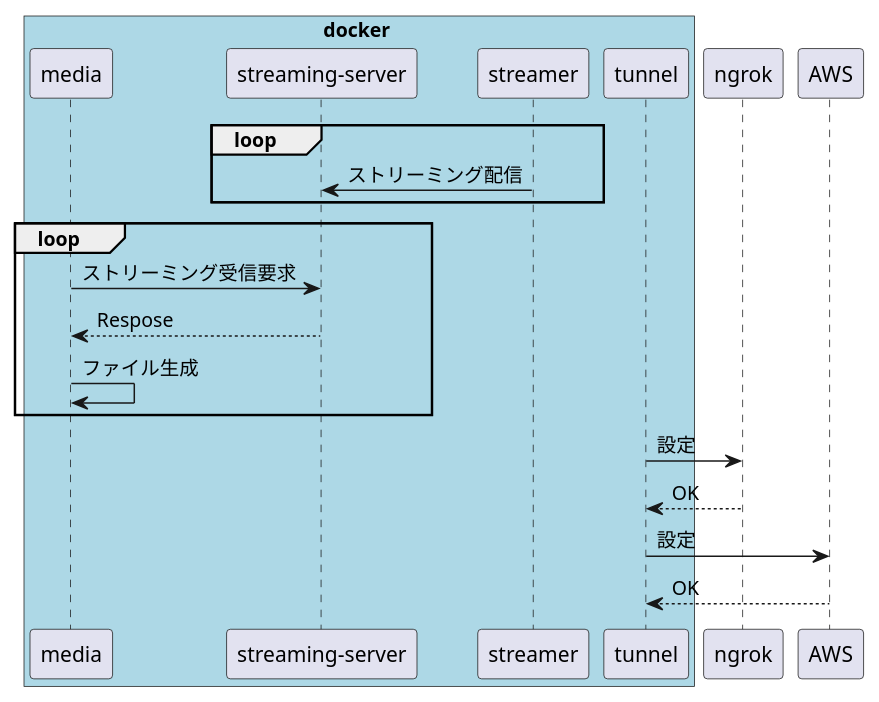
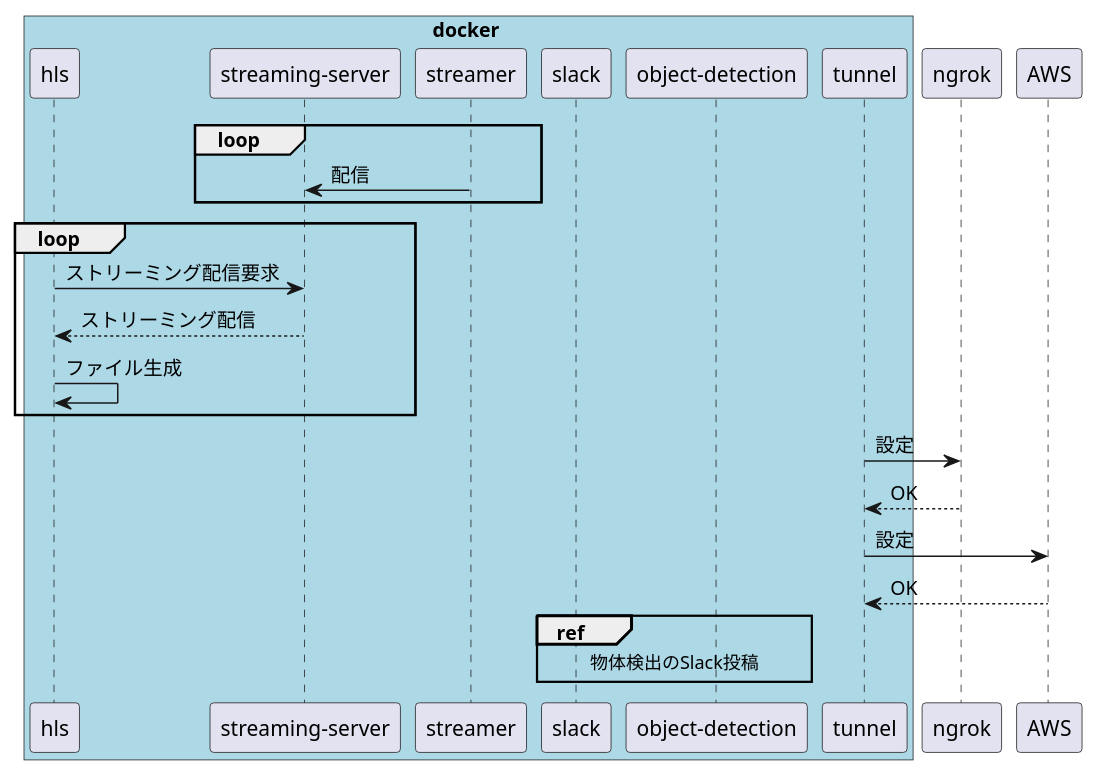
One commit to ilim0t/bushitsuchan-PC changed the diagram in docs/sequence/startup.pu. Above: the diagram before and after it, drawn with PlantUML. The commit also changed 5 other files, not shown here.

Commit message:
Update Sequence diagram

```diff
--- a/docs/sequence/startup.pu
+++ b/docs/sequence/startup.pu
@@ -1,24 +1,30 @@
 @startuml Startup
 box docker #LightBlue
-participant media
+participant hls
 participant "streaming-server"
 participant streamer
+participant slack
+participant "object-detection"
 participant tunnel
 end box
 
 loop
-	streamer -> "streaming-server": ストリーミング配信
+	streamer -> "streaming-server": 配信
 end
 
 loop
-	media -> "streaming-server" : ストリーミング受信要求
-	"streaming-server" --> media : Respose
-	media -> media : ファイル生成
+	hls -> "streaming-server" : ストリーミング配信要求
+	"streaming-server" --> hls : ストリーミング配信
+	hls -> hls : ファイル生成
 end
 
 tunnel -> ngrok : 設定
 ngrok --> tunnel : OK
 
 tunnel -> AWS : 設定
 AWS --> tunnel : OK
+
+
+ref over "object-detection", slack: 物体検出のSlack投稿
+
 @enduml
```
